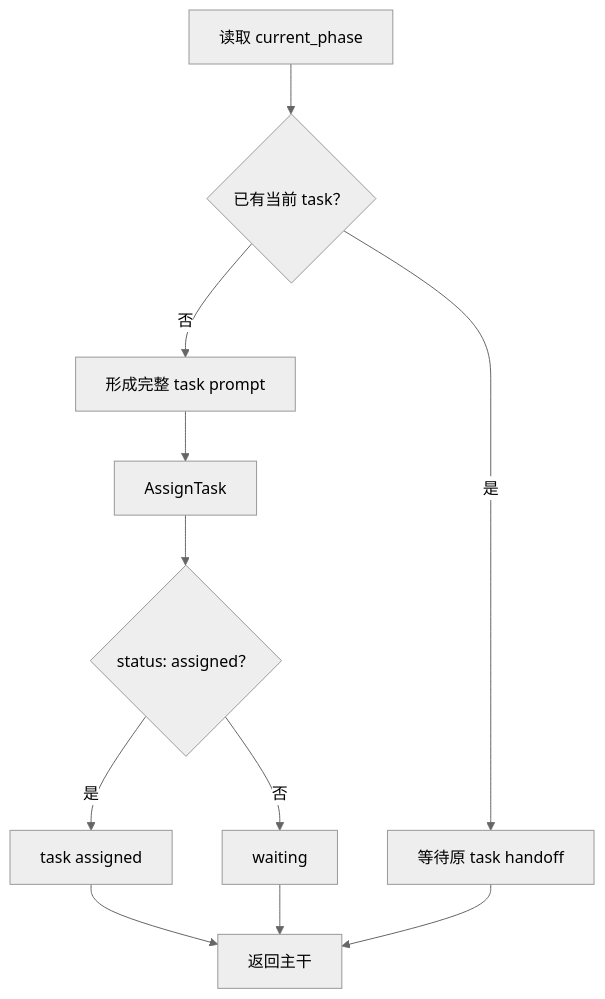
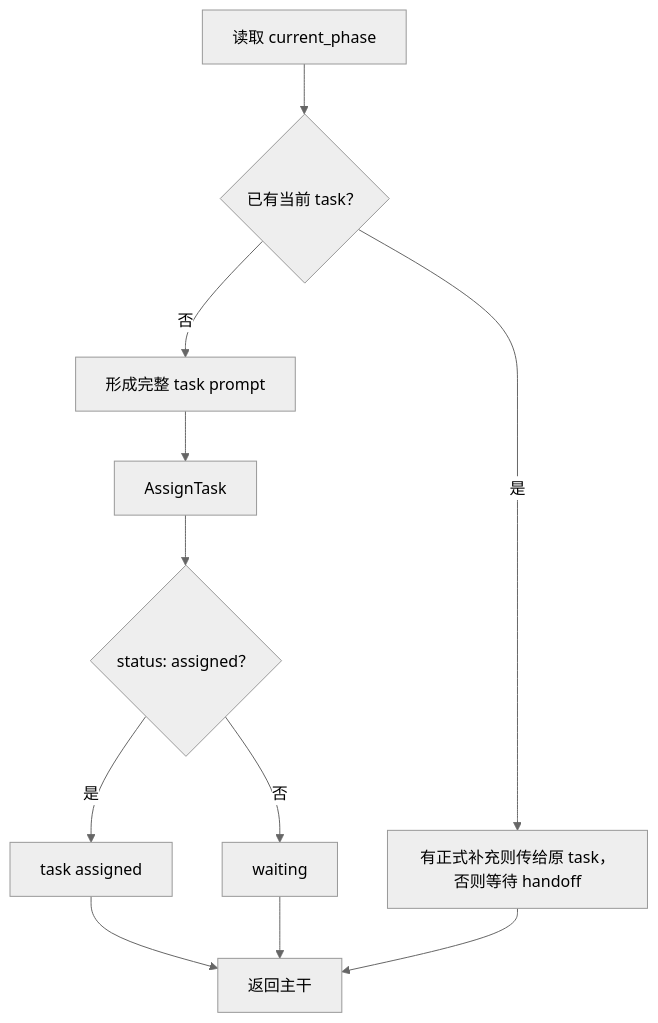
One commit to daihothot/scout changed the third of 4 diagrams in assets/codex/skills/domain-rbt-coordinator/SKILL.md. Above: the diagram before and after it, drawn with Mermaid (neutral theme). The commit also changed other lines of this file and 22 other files, not shown here.

````diff
--- a/assets/codex/skills/domain-rbt-coordinator/SKILL.md
+++ b/assets/codex/skills/domain-rbt-coordinator/SKILL.md
@@ -174,13 +174,13 @@
 ```mermaid
 flowchart TD
   A["读取 current_phase"] --> B{"已有当前 task？"}
   B -- "否" --> C["形成完整 task prompt"]
   C --> D["AssignTask"]
   D --> E{"status: assigned？"}
   E -- "是" --> F["task assigned"]
   E -- "否" --> G["waiting"]
-  B -- "是" --> H["等待原 task handoff"]
+  B -- "是" --> H["有正式补充则传给原 task，否则等待 handoff"]
   F --> I["返回主干"]
   G --> I
   H --> I
 ```
````
